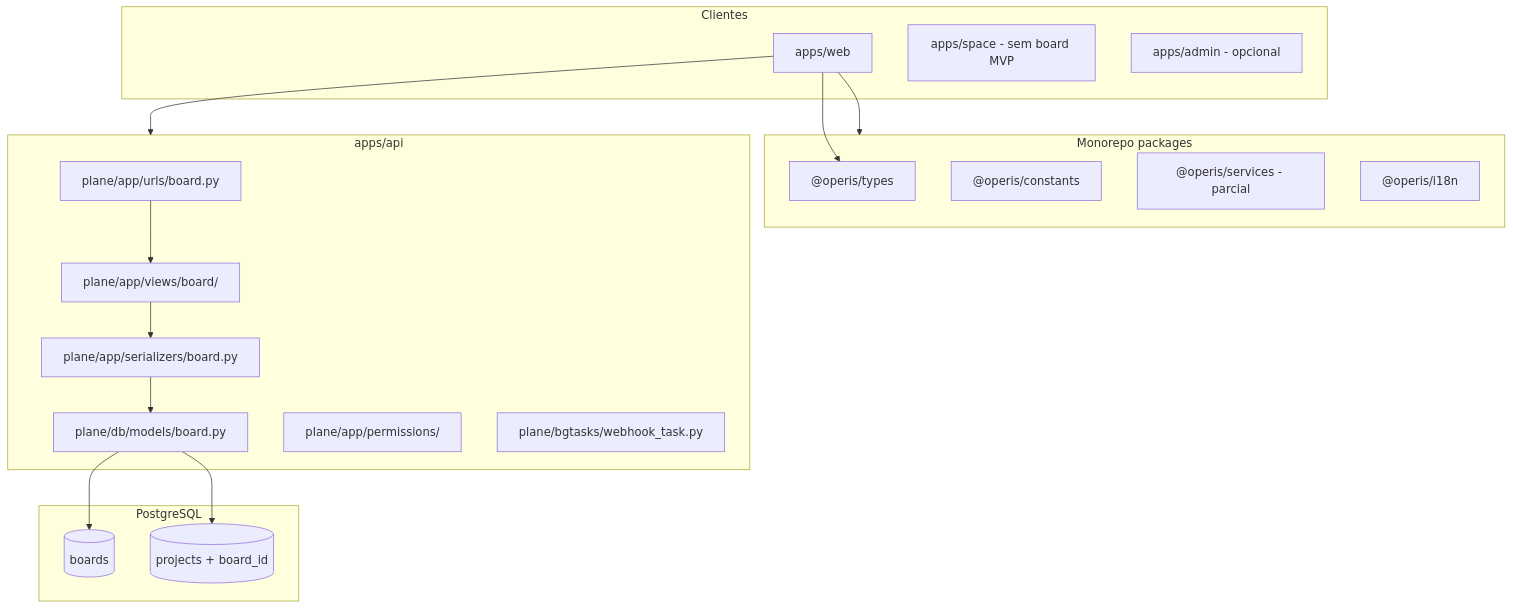
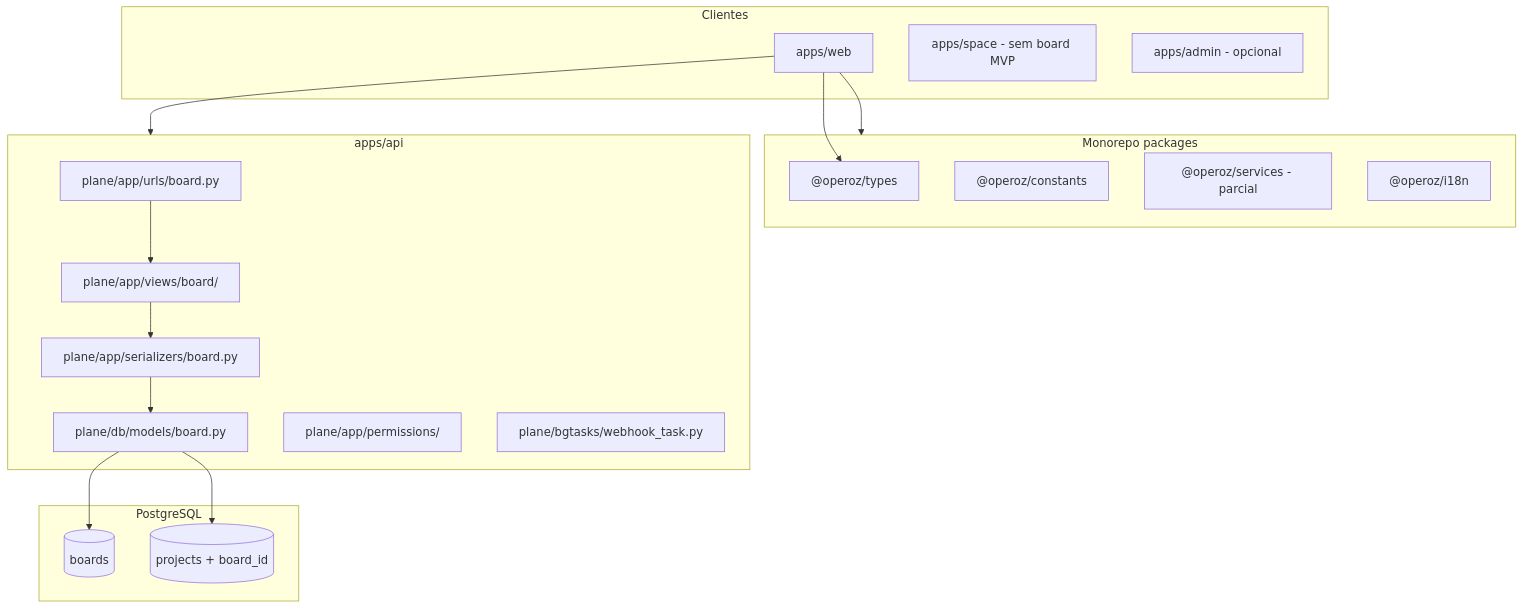
Before and after one commit to AndersonSilver/Operoz: the diagram in docs/tech4humans-boards-implementacao.md, drawn with Mermaid. The commit also changed other lines of this file and 4759 other files, not shown here.

````diff
--- a/docs/tech4humans-boards-implementacao.md
+++ b/docs/tech4humans-boards-implementacao.md
@@ -83,36 +83,36 @@
 ```mermaid
 flowchart TB
   subgraph clients [Clientes]
     WEB[apps/web]
     SPACE[apps/space - sem board MVP]
     ADMIN[apps/admin - opcional]
   end
 
   subgraph packages [Monorepo packages]
-    TYPES["@operis/types"]
-    CONST["@operis/constants"]
-    SVC["@operis/services - parcial"]
-    I18N["@operis/i18n"]
+    TYPES["@operoz/types"]
+    CONST["@operoz/constants"]
+    SVC["@operoz/services - parcial"]
+    I18N["@operoz/i18n"]
   end
 
   subgraph api [apps/api]
     URLS[plane/app/urls/board.py]
     VIEWS[plane/app/views/board/]
     SER[plane/app/serializers/board.py]
     MODEL[plane/db/models/board.py]
     PERM[plane/app/permissions/]
     BG[plane/bgtasks/webhook_task.py]
   end
 
   subgraph db [PostgreSQL]
     BOARDS[(boards)]
     PROJECTS[(projects + board_id)]
   end
 
   WEB --> TYPES
   WEB --> api
   WEB --> packages
   URLS --> VIEWS --> SER --> MODEL
   MODEL --> BOARDS
   MODEL --> PROJECTS
 ```
````
